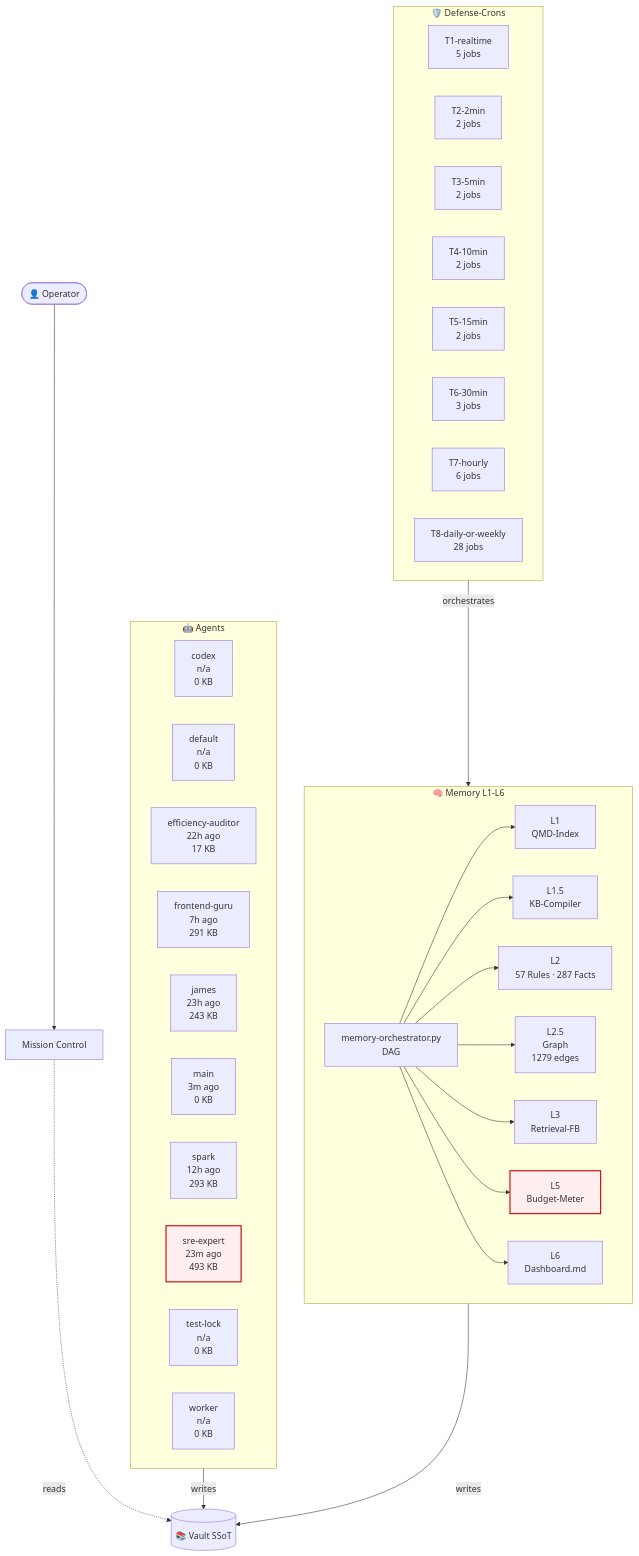
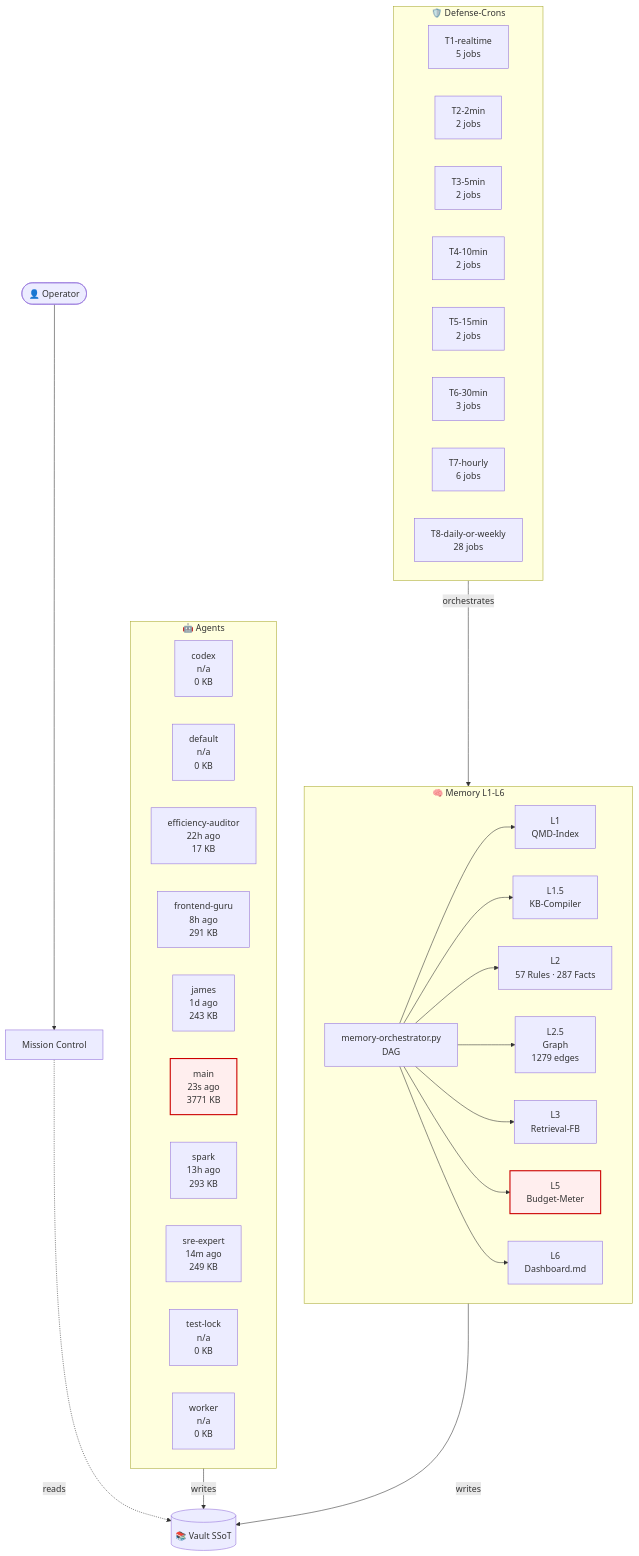
One commit to lenardhuebner88-rgb/openclaw-memory changed the diagram in 03-Agents/architecture-live.md. Above: the diagram before and after it, drawn with Mermaid. The commit also changed other lines of this file and 7 other files, not shown here.

````diff
--- a/03-Agents/architecture-live.md
+++ b/03-Agents/architecture-live.md
@@ -18,53 +18,53 @@
 ```mermaid
 flowchart TB
     classDef critical fill:#fee,stroke:#c00,stroke-width:2px;
     subgraph AGT["🤖 Agents"]
         agent_codex["codex<br/>n/a<br/>0 KB"]
         agent_default["default<br/>n/a<br/>0 KB"]
         agent_efficiency_auditor["efficiency-auditor<br/>22h ago<br/>17 KB"]
-        agent_frontend_guru["frontend-guru<br/>7h ago<br/>291 KB"]
-        agent_james["james<br/>23h ago<br/>243 KB"]
-        agent_main["main<br/>3m ago<br/>0 KB"]
-        agent_spark["spark<br/>12h ago<br/>293 KB"]
-        agent_sre_expert["sre-expert<br/>23m ago<br/>493 KB"]
+        agent_frontend_guru["frontend-guru<br/>8h ago<br/>291 KB"]
+        agent_james["james<br/>1d ago<br/>243 KB"]
+        agent_main["main<br/>23s ago<br/>3771 KB"]
+        agent_spark["spark<br/>13h ago<br/>293 KB"]
+        agent_sre_expert["sre-expert<br/>14m ago<br/>249 KB"]
         agent_test_lock["test-lock<br/>n/a<br/>0 KB"]
         agent_worker["worker<br/>n/a<br/>0 KB"]
     end
     subgraph MEM["🧠 Memory L1-L6"]
         L1["L1<br/>QMD-Index"]
         L15["L1.5<br/>KB-Compiler"]
         L2["L2<br/>57 Rules · 287 Facts"]
         L25["L2.5<br/>Graph<br/>1279 edges"]
         L3["L3<br/>Retrieval-FB"]
         L5["L5<br/>Budget-Meter"]
         L6["L6<br/>Dashboard.md"]
         ORCH["memory-orchestrator.py<br/>DAG"]
     end
     subgraph CRN["🛡️ Defense-Crons"]
         tier_T1_realtime["T1-realtime<br/>5 jobs"]
         tier_T2_2min["T2-2min<br/>2 jobs"]
         tier_T3_5min["T3-5min<br/>2 jobs"]
         tier_T4_10min["T4-10min<br/>2 jobs"]
         tier_T5_15min["T5-15min<br/>2 jobs"]
         tier_T6_30min["T6-30min<br/>3 jobs"]
         tier_T7_hourly["T7-hourly<br/>6 jobs"]
         tier_T8_daily_or_weekly["T8-daily-or-weekly<br/>28 jobs"]
     end
     VAULT[("📚 Vault SSoT")]
     OP([👤 Operator])
     MC["Mission Control"]
     OP --> MC
     MC -.reads.-> VAULT
     AGT -->|writes| VAULT
     MEM -->|writes| VAULT
     ORCH --> L1
     ORCH --> L15
     ORCH --> L2
     ORCH --> L25
     ORCH --> L3
     ORCH --> L5
     ORCH --> L6
     CRN -->|orchestrates| MEM
     class L5 critical
-    class agent_sre_expert critical
+    class agent_main critical
 ```
````
